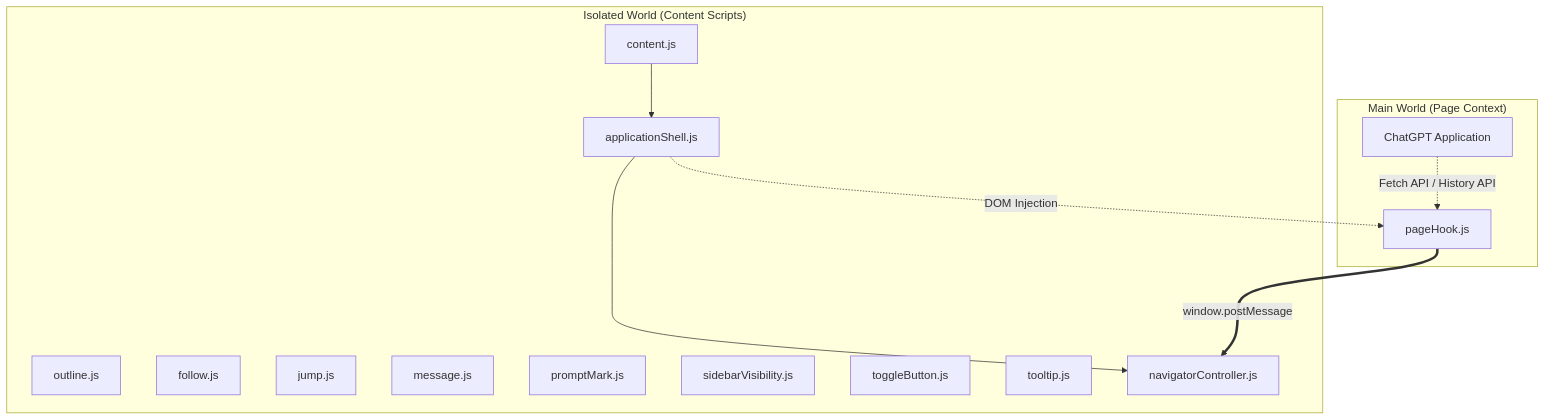
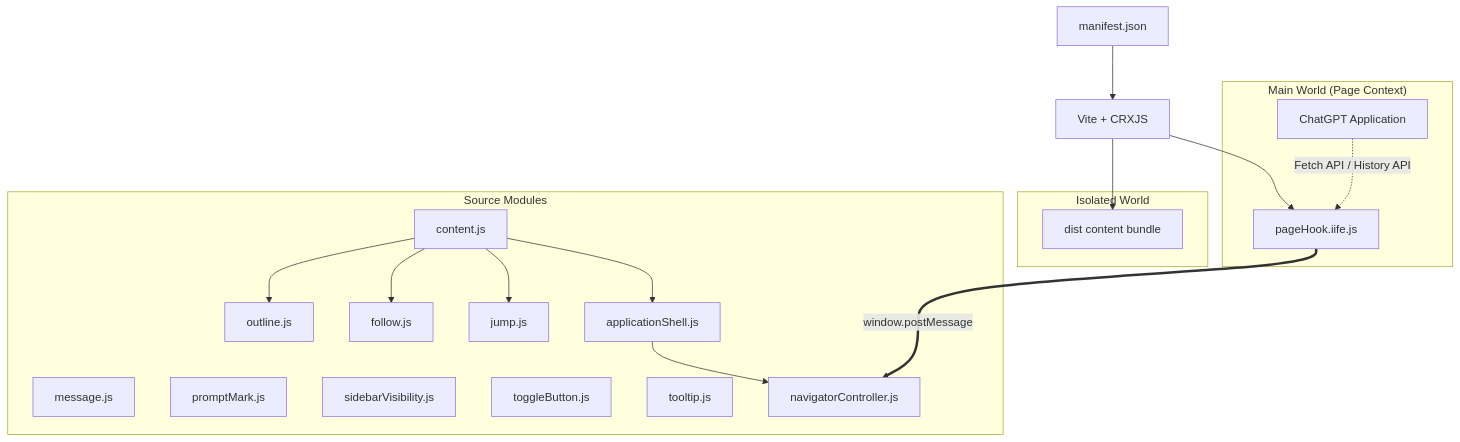
Before and after one commit to Leo7805/luna-toc: the diagram in docs/ARCHITECTURE.md, drawn with Mermaid. The commit also changed other lines of this file and 18 other files, not shown here.

Commit message:
build: add Vite and CRXJS extension pipeline

````diff
--- a/docs/ARCHITECTURE.md
+++ b/docs/ARCHITECTURE.md
@@ -15,27 +15,39 @@
 ```mermaid
 graph TD
-    subgraph isolatedWorld["Isolated World (Content Scripts)"]
+    manifest[manifest.json]
+    vite[Vite + CRXJS]
+
+    subgraph sourceModules["Source Modules"]
         content[content.js]
         outline[outline.js]
         follow[follow.js]
         jump[jump.js]
         msg[message.js]
         mark[promptMark.js]
         vis[sidebarVisibility.js]
         btn[toggleButton.js]
         tip[tooltip.js]
         navigator[navigatorController.js]
         shell[applicationShell.js]
     end
 
+    subgraph isolatedWorld["Isolated World"]
+        contentBundle[dist content bundle]
+    end
+
     subgraph mainWorld["Main World (Page Context)"]
-        hook[pageHook.js]
+        hook[pageHook.iife.js]
         chatgpt[ChatGPT Application]
     end
 
+    manifest --> vite
+    content --> outline
+    content --> follow
+    content --> jump
     content --> shell
     shell --> navigator
-    shell -.->|DOM Injection| hook
+    vite --> contentBundle
+    vite --> hook
     hook ===>|window.postMessage| navigator
     chatgpt -.->|Fetch API / History API| hook
 ```
````
